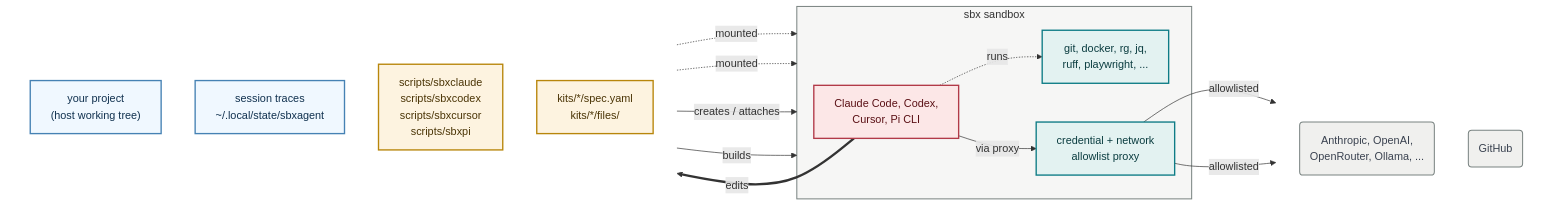
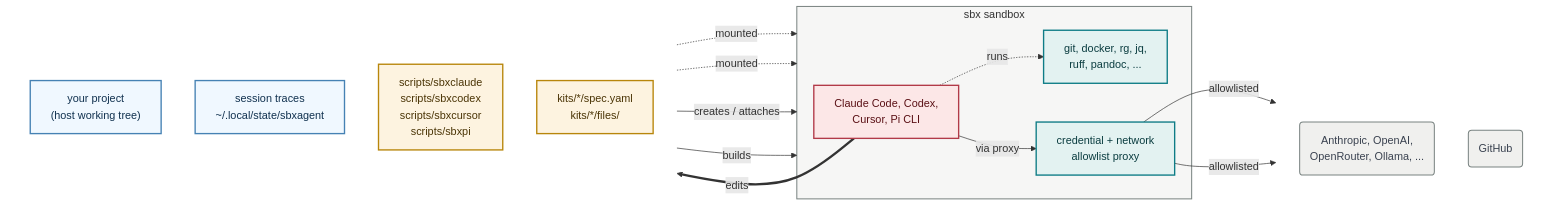
The diagram in README.md (lars20070/sbxagent), drawn with Mermaid before and after one commit. The commit also changed 13 other files, not shown here.

````diff
--- a/README.md
+++ b/README.md
@@ -17,45 +17,45 @@
 ```mermaid
 flowchart LR
   subgraph IN[" "]
     direction TB
     PROJ["your project<br/>(host working tree)"]
     STATE["session traces<br/>~/.local/state/sbxagent"]
     DRV["scripts/sbxclaude<br/>scripts/sbxcodex<br/>scripts/sbxcursor<br/>scripts/sbxpi"]
     KIT["kits/*/spec.yaml<br/>kits/*/files/"]
   end
 
   subgraph VM["sbx sandbox"]
     AGENT["Claude Code, Codex,<br/>Cursor, Pi CLI"]
-    TOOLS["git, docker, rg, jq,<br/>ruff, playwright, ..."]
+    TOOLS["git, docker, rg, jq,<br/>ruff, pandoc, ..."]
     PROXY["credential + network<br/>allowlist proxy"]
   end
 
   subgraph NET[" "]
     direction TB
     LLM("Anthropic, OpenAI, <br/>OpenRouter, Ollama, ...")
     GH("GitHub")
   end
 
   PROJ -.->|"mounted"| VM
   STATE -.->|"mounted"| VM
   DRV -->|"creates / attaches"| VM
   KIT -->|"builds"| VM
   AGENT -.->|"runs"| TOOLS
   AGENT -->|"via proxy"| PROXY
   PROXY -->|"allowlisted"| LLM & GH
   AGENT ==>|"edits"| PROJ
 
   classDef data    fill:aliceblue,stroke:steelblue,stroke-width:2px,color:#10314F
   classDef host    fill:#FDF3E0,stroke:#B8860B,stroke-width:2px,color:#4A3405
   classDef helper  fill:#E3F2F1,stroke:#0E7C86,stroke-width:2px,color:#0B3D40
   classDef agent   fill:#FCE7E7,stroke:#B23A48,stroke-width:2px,color:#5A1015
   classDef ext     fill:#F0F0EE,stroke:#7A8482,stroke-width:1.5px,color:#3A4250
   class PROJ,STATE data
   class KIT,DRV host
   class TOOLS,PROXY helper
   class AGENT agent
   class GH,LLM ext
   style VM fill:#F6F6F5,stroke:#7A8482,stroke-width:1.5px
   style IN fill:none,stroke:none
   style NET fill:none,stroke:none
 ```
````
